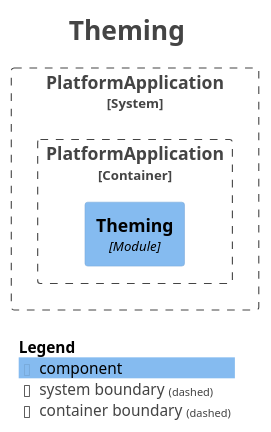
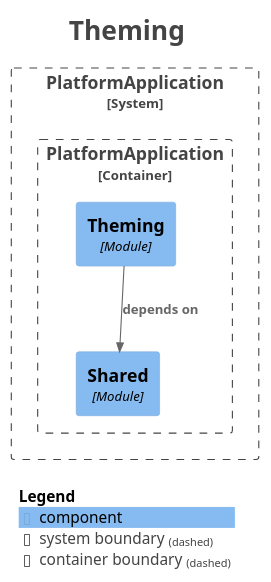
The diagram in docs/modules/module-theming.puml (Asiman77/HistoryAsAGame), drawn with PlantUML before and after one commit. The commit also changed 20 other files, not shown here.

```diff
--- a/docs/modules/module-theming.puml
+++ b/docs/modules/module-theming.puml
@@ -1,27 +1,30 @@
 @startuml
 title <size:24>Theming</size>
 
 set separator none
 top to bottom direction
 
 <style>
   root {
     BackgroundColor: #ffffff
     FontColor: #444444
   }
 </style>
 
 !include <C4/C4>
 !include <C4/C4_Context>
 !include <C4/C4_Component>
 
 System_Boundary("PlatformApplication_boundary", "PlatformApplication", $tags="") {
   Container_Boundary("PlatformApplication.PlatformApplication_boundary", "PlatformApplication", $tags="") {
     Component(PlatformApplication.PlatformApplication.Theming, "Theming", $techn="Module", $descr="", $tags="", $link="")
+    Component(PlatformApplication.PlatformApplication.Shared, "Shared", $techn="Module", $descr="", $tags="", $link="")
   }
 
 }
 
+Rel(PlatformApplication.PlatformApplication.Theming, PlatformApplication.PlatformApplication.Shared, "depends on", $techn="", $tags="", $link="")
+
 SHOW_LEGEND(true)
 hide stereotypes
 @enduml
```
